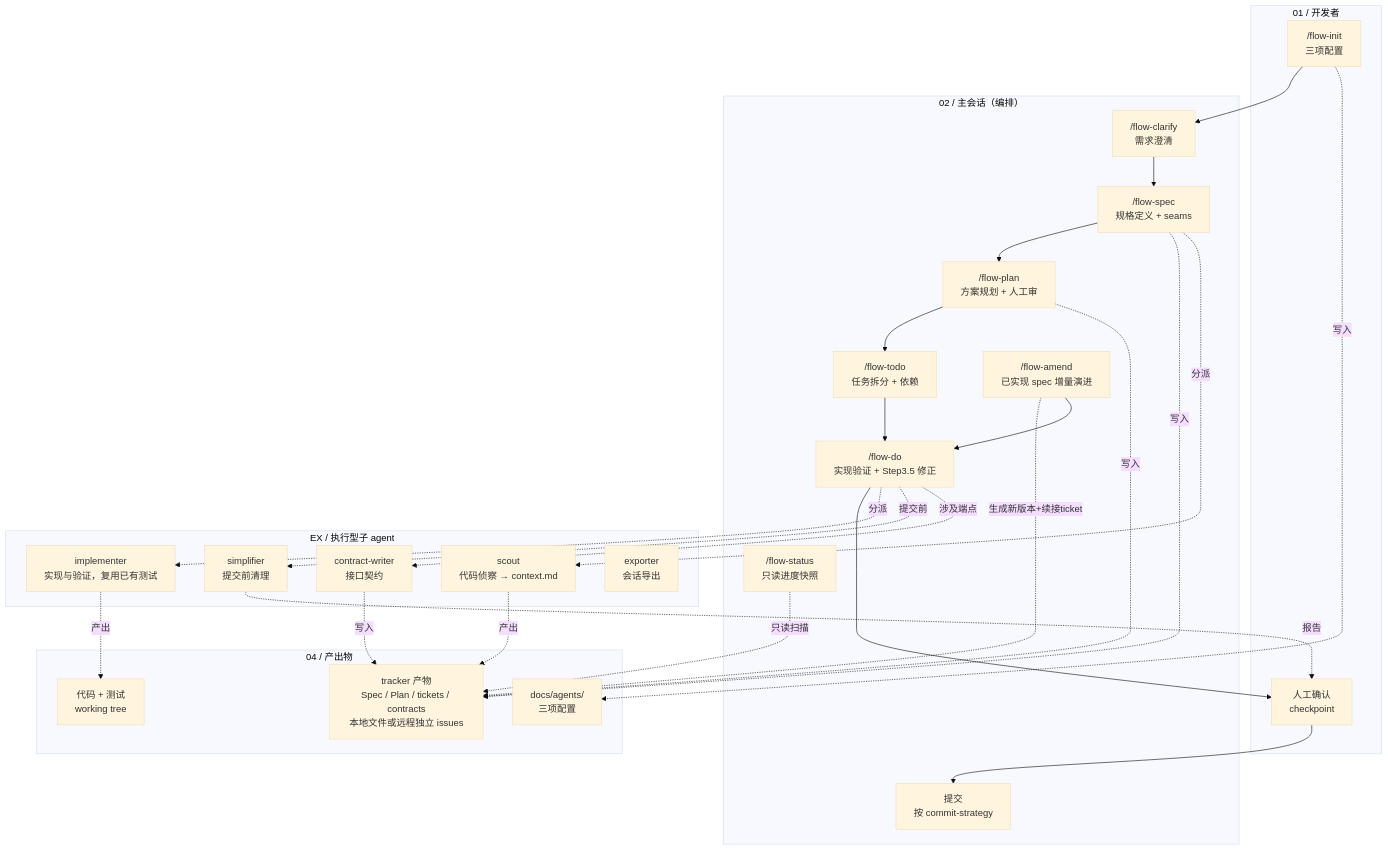
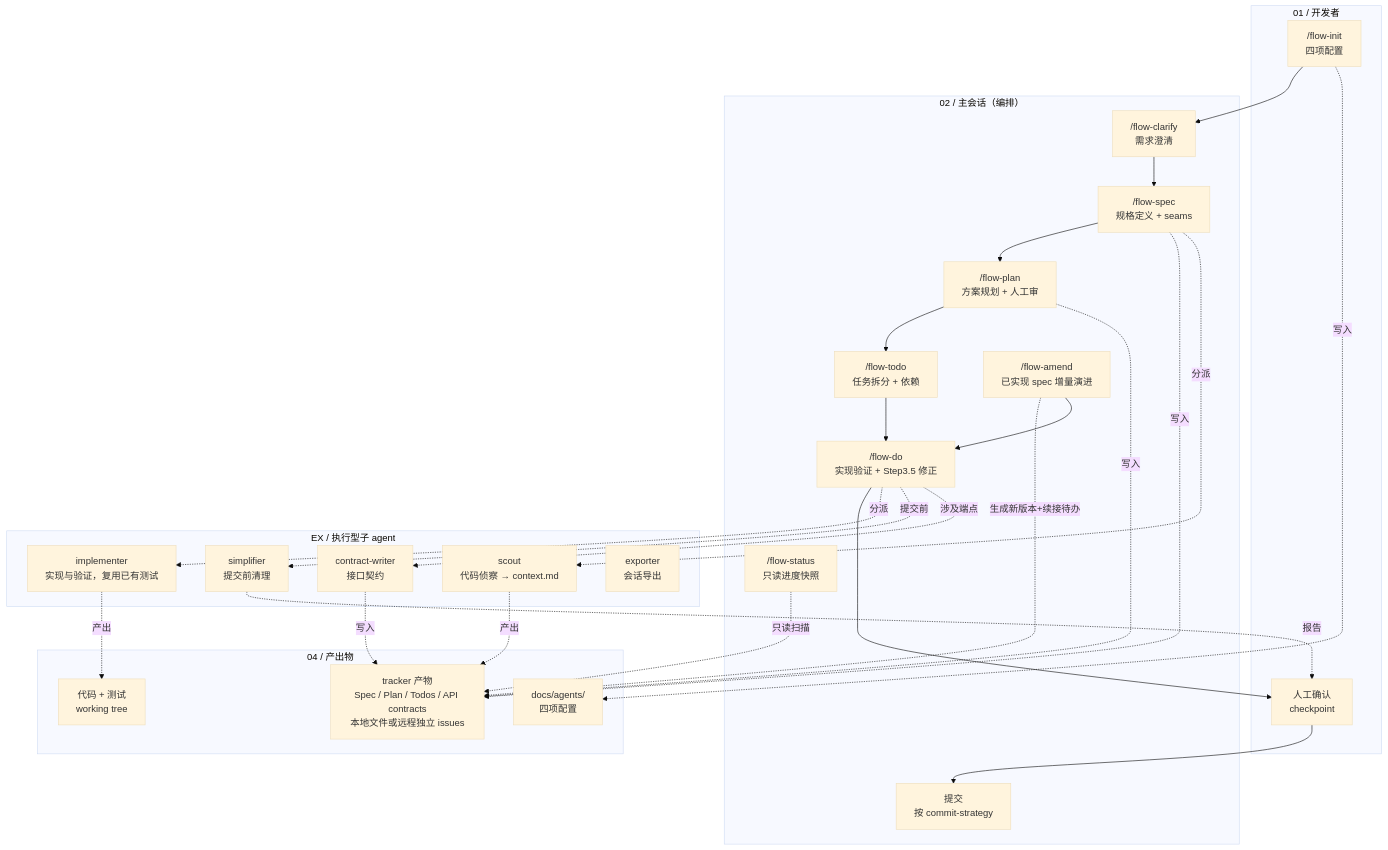
Before and after one commit to ALittleTurtleWhoCannotKnock/xixiwu_skills: the diagram in architecture.md, drawn with Mermaid (base theme). The commit also changed other lines of this file and 13 other files, not shown here.

````diff
--- a/architecture.md
+++ b/architecture.md
@@ -3,55 +3,55 @@
 ```mermaid
 flowchart TB
     subgraph DEV["01 / 开发者"]
-        init["/flow-init<br/>三项配置"]
+        init["/flow-init<br/>四项配置"]
         checkpoint["人工确认<br/>checkpoint"]
     end
 
     subgraph MAIN["02 / 主会话（编排）"]
         grill["/flow-clarify<br/>需求澄清"]
         spec["/flow-spec<br/>规格定义 + seams"]
         plan["/flow-plan<br/>方案规划 + 人工审"]
         tickets["/flow-todo<br/>任务拆分 + 依赖"]
         implement["/flow-do<br/>实现验证 + Step3.5 修正"]
         find["/flow-status<br/>只读进度快照"]
         amend["/flow-amend<br/>已实现 spec 增量演进"]
         commit["提交<br/>按 commit-strategy"]
     end
 
     subgraph SUB["EX / 执行型子 agent"]
         scout["scout<br/>代码侦察 → context.md"]
         implementer["implementer<br/>实现与验证，复用已有测试"]
         simplifier["simplifier<br/>提交前清理"]
         contractwriter["contract-writer<br/>接口契约"]
         exporter["exporter<br/>会话导出"]
     end
 
     subgraph OUT["04 / 产出物"]
-        config["docs/agents/<br/>三项配置"]
-        scratch["tracker 产物<br/>Spec / Plan / tickets / contracts<br/>本地文件或远程独立 issues"]
+        config["docs/agents/<br/>四项配置"]
+        scratch["tracker 产物<br/>Spec / Plan / Todos / API contracts<br/>本地文件或远程独立 issues"]
         code["代码 + 测试<br/>working tree"]
     end
 
     init --> grill
     init -.写入.-> config
     grill --> spec
     spec --> plan
     plan --> tickets
     spec -.写入.-> scratch
     plan -.写入.-> scratch
     tickets --> implement
     implement --> checkpoint
     checkpoint --> commit
-    amend -.生成新版本+续接ticket.-> scratch
+    amend -.生成新版本+续接待办.-> scratch
     amend --> implement
 
     spec -.分派.-> scout
     scout -.产出.-> scratch
     implement -.分派.-> implementer
     implementer -.产出.-> code
     implement -.提交前.-> simplifier
     simplifier -.报告.-> checkpoint
     implement -.涉及端点.-> contractwriter
     contractwriter -.写入.-> scratch
     find -.只读扫描.-> scratch
 ```
````
